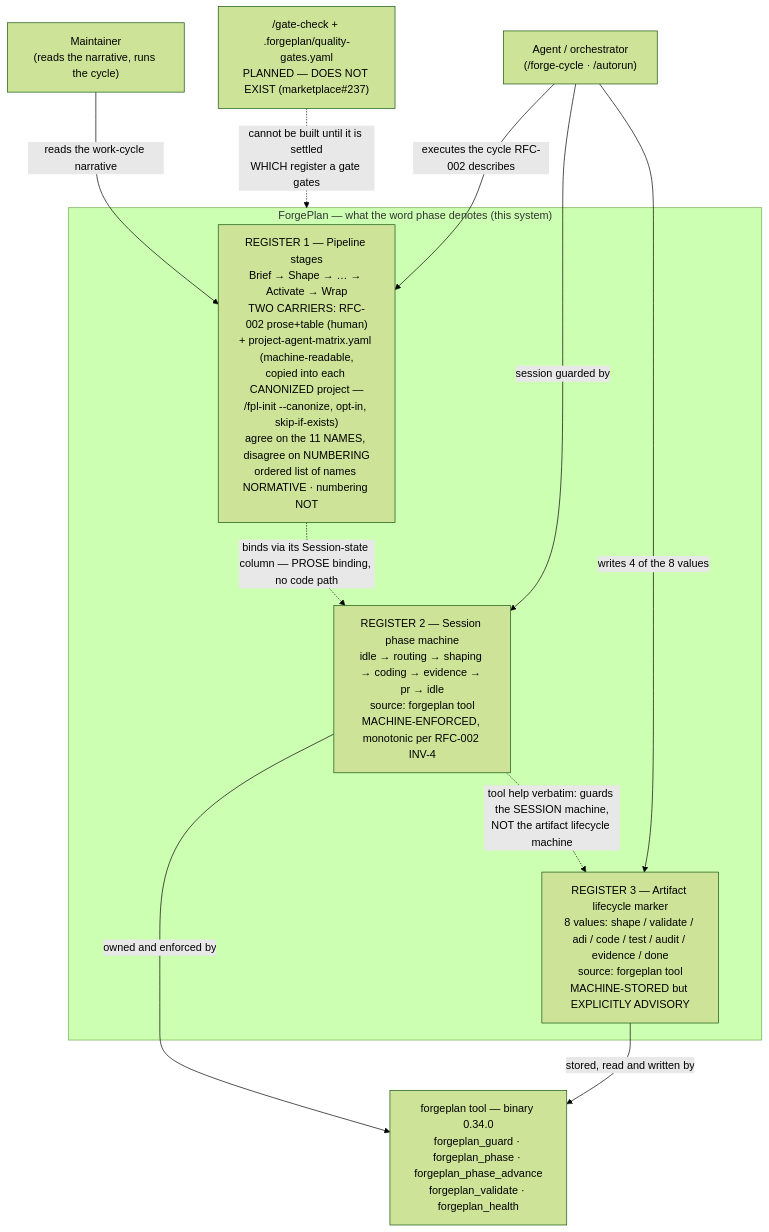
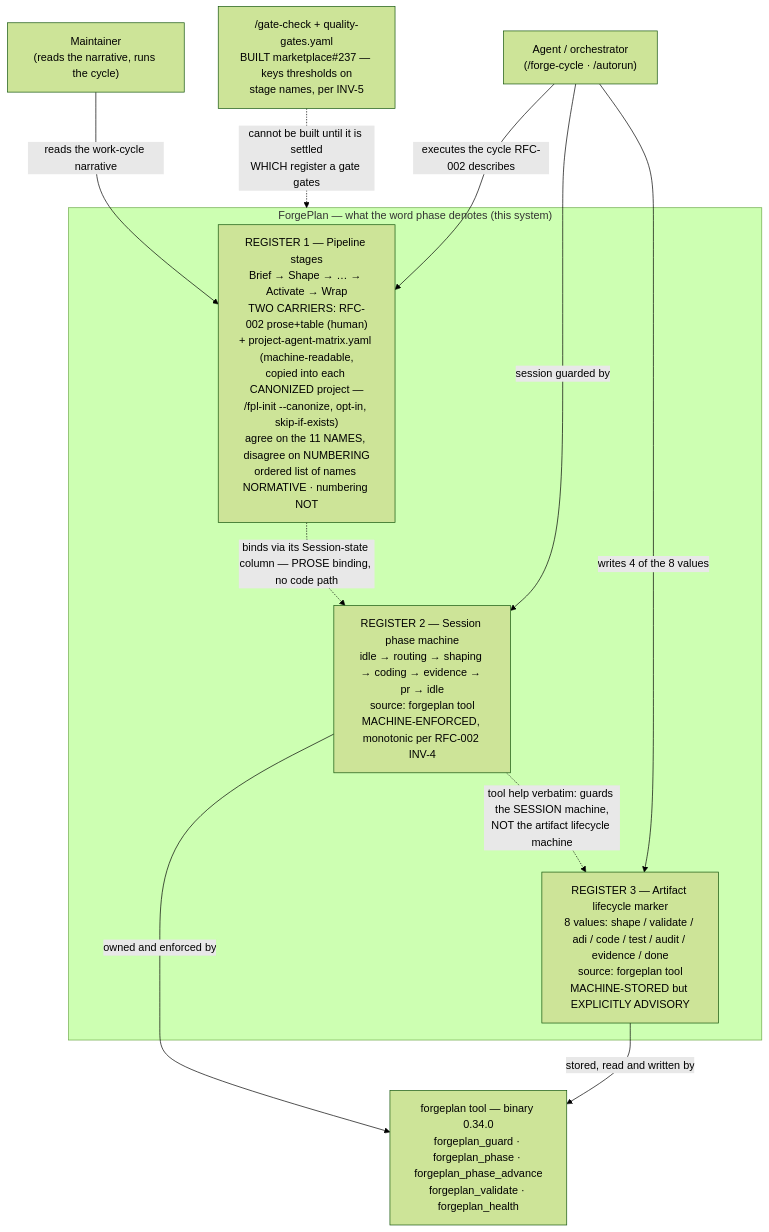
The first of 2 diagrams in docs/c4/ADR-022.md (ForgePlan/marketplace), drawn with Mermaid (forest theme) before and after one commit. The commit also changed other lines of this file and 14 other files, not shown here.

````diff
--- a/docs/c4/ADR-022.md
+++ b/docs/c4/ADR-022.md
@@ -18,24 +18,24 @@
 ```mermaid
 graph TB
     maintainer["Maintainer<br/>(reads the narrative, runs the cycle)"]
     agent["Agent / orchestrator<br/>(/forge-cycle · /autorun)"]
 
     subgraph system["ForgePlan — what the word phase denotes (this system)"]
         r1["REGISTER 1 — Pipeline stages<br/>Brief → Shape → … → Activate → Wrap<br/>TWO CARRIERS: RFC-002 prose+table (human)<br/>+ project-agent-matrix.yaml (machine-readable,<br/>copied into each CANONIZED project —<br/>/fpl-init --canonize, opt-in, skip-if-exists)<br/>agree on the 11 NAMES, disagree on NUMBERING<br/>ordered list of names NORMATIVE · numbering NOT"]
         r2["REGISTER 2 — Session phase machine<br/>idle → routing → shaping → coding → evidence → pr → idle<br/>source: forgeplan tool<br/>MACHINE-ENFORCED, monotonic per RFC-002 INV-4"]
         r3["REGISTER 3 — Artifact lifecycle marker<br/>8 values: shape / validate / adi / code / test / audit / evidence / done<br/>source: forgeplan tool<br/>MACHINE-STORED but EXPLICITLY ADVISORY"]
     end
 
     tool["forgeplan tool — binary 0.34.0<br/>forgeplan_guard · forgeplan_phase · forgeplan_phase_advance<br/>forgeplan_validate · forgeplan_health"]
-    gatecheck["/gate-check + .forgeplan/quality-gates.yaml<br/>PLANNED — DOES NOT EXIST (marketplace#237)"]
+    gatecheck["/gate-check + quality-gates.yaml<br/>BUILT marketplace#237 — keys thresholds on<br/>stage names, per INV-5"]
 
     maintainer -->|reads the work-cycle narrative| r1
     agent -->|executes the cycle RFC-002 describes| r1
     r1 -.->|binds via its Session-state column — PROSE binding, no code path| r2
     agent -->|session guarded by| r2
     agent -->|writes 4 of the 8 values| r3
     r2 -->|owned and enforced by| tool
     r3 -->|stored, read and written by| tool
     r2 -.->|tool help verbatim: guards the SESSION machine,<br/>NOT the artifact lifecycle machine| r3
     gatecheck -.->|cannot be built until it is settled<br/>WHICH register a gate gates| system
 ```
````
